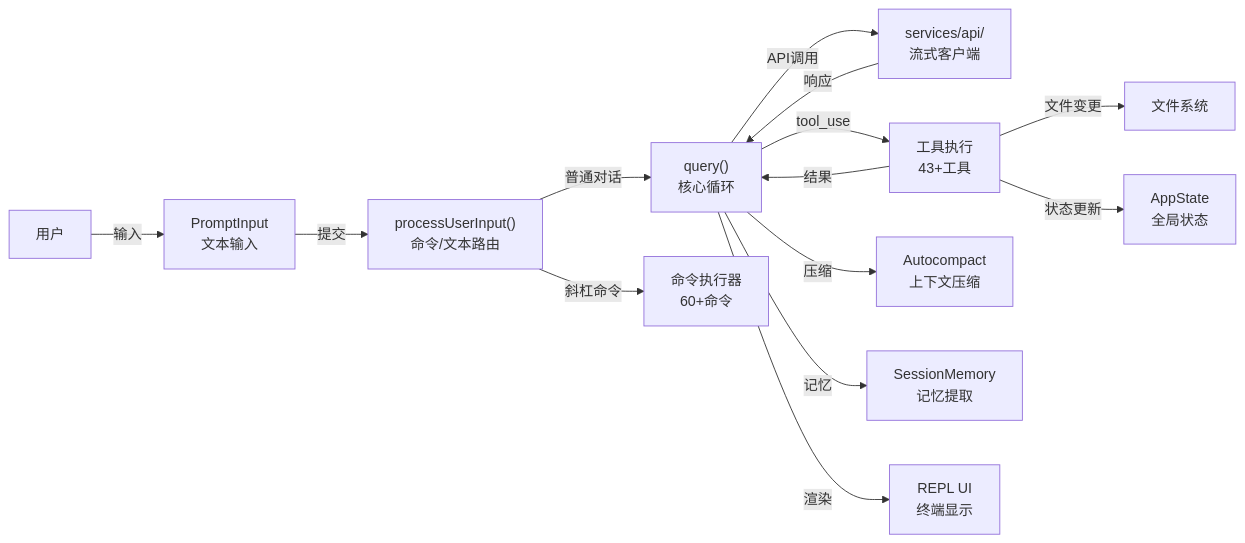
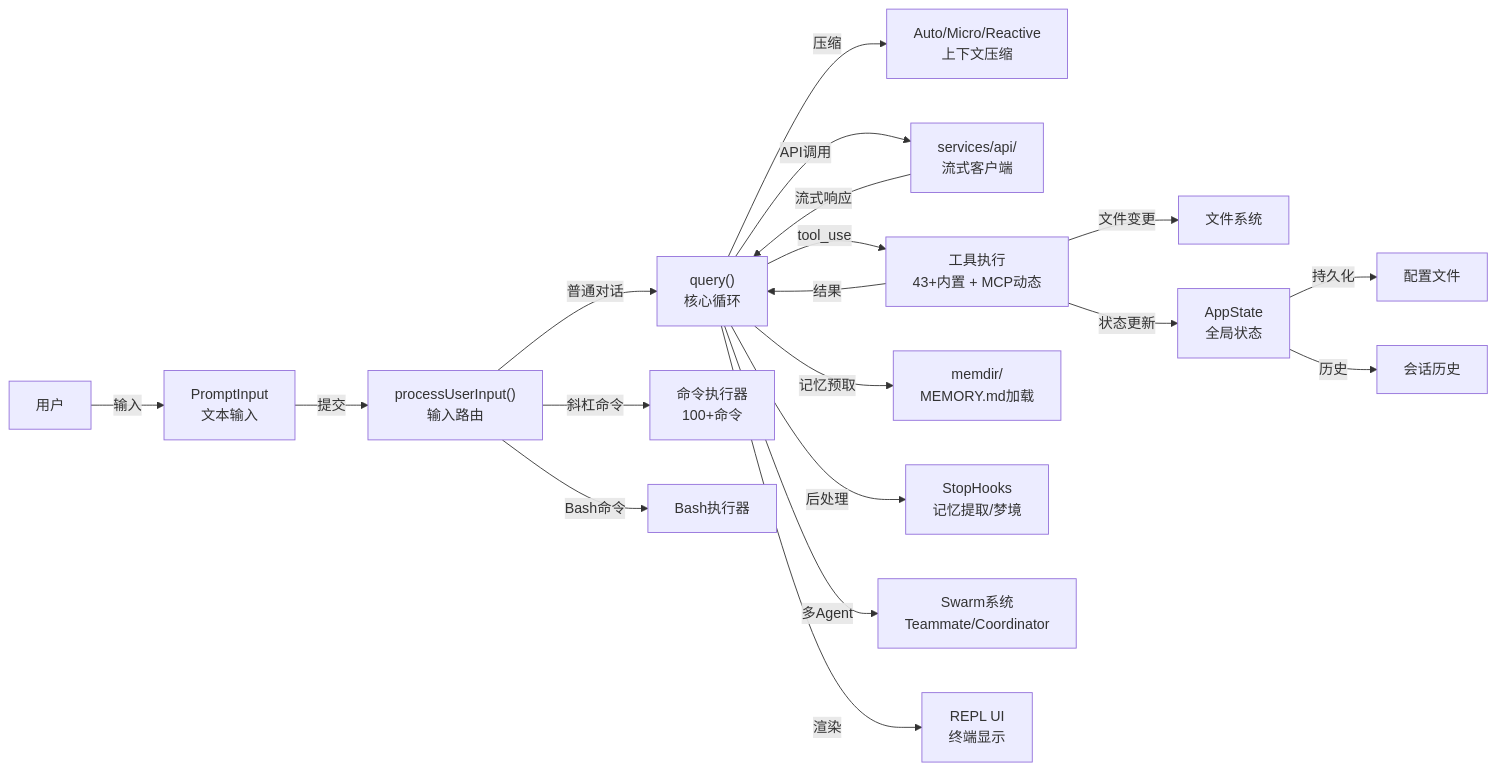
One commit to ShellMonster/claude-code-architecture changed the third of 3 diagrams in README.md. Above: the diagram before and after it, drawn with Mermaid. The commit also changed other lines of this file, not shown here.

Commit message:
docs: 根据源码验证大幅修正Mermaid架构图

````diff
--- a/README.md
+++ b/README.md
@@ -183,20 +267,27 @@
 ```mermaid
 graph LR
     User["用户"] -->|"输入"| Input["PromptInput<br/>文本输入"]
-    Input -->|"提交"| Process["processUserInput()<br/>命令/文本路由"]
+    Input -->|"提交"| Process["processUserInput()<br/>输入路由"]
 
     Process -->|"普通对话"| Query["query()<br/>核心循环"]
-    Process -->|"斜杠命令"| CmdExec["命令执行器<br/>60+命令"]
+    Process -->|"斜杠命令"| CmdExec["命令执行器<br/>100+命令"]
+    Process -->|"Bash命令"| BashExec["Bash执行器"]
 
+    Query -->|"压缩"| Compact["Auto/Micro/Reactive<br/>上下文压缩"]
     Query -->|"API调用"| API["services/api/<br/>流式客户端"]
-    API -->|"响应"| Query
+    API -->|"流式响应"| Query
 
-    Query -->|"tool_use"| ToolExec["工具执行<br/>43+工具"]
+    Query -->|"tool_use"| ToolExec["工具执行<br/>43+内置 + MCP动态"]
     ToolExec -->|"结果"| Query
     ToolExec -->|"文件变更"| FS["文件系统"]
     ToolExec -->|"状态更新"| AppState["AppState<br/>全局状态"]
 
-    Query -->|"压缩"| Compact["Autocompact<br/>上下文压缩"]
-    Query -->|"记忆"| Memory["SessionMemory<br/>记忆提取"]
+    Query -->|"记忆预取"| MemLoad["memdir/<br/>MEMORY.md加载"]
+    Query -->|"后处理"| StopHook["StopHooks<br/>记忆提取/梦境"]
+
+    Query -->|"多Agent"| Swarm["Swarm系统<br/>Teammate/Coordinator"]
     Query -->|"渲染"| UI["REPL UI<br/>终端显示"]
+
+    AppState -->|"持久化"| Settings["配置文件"]
+    AppState -->|"历史"| History["会话历史"]
 ```
````
